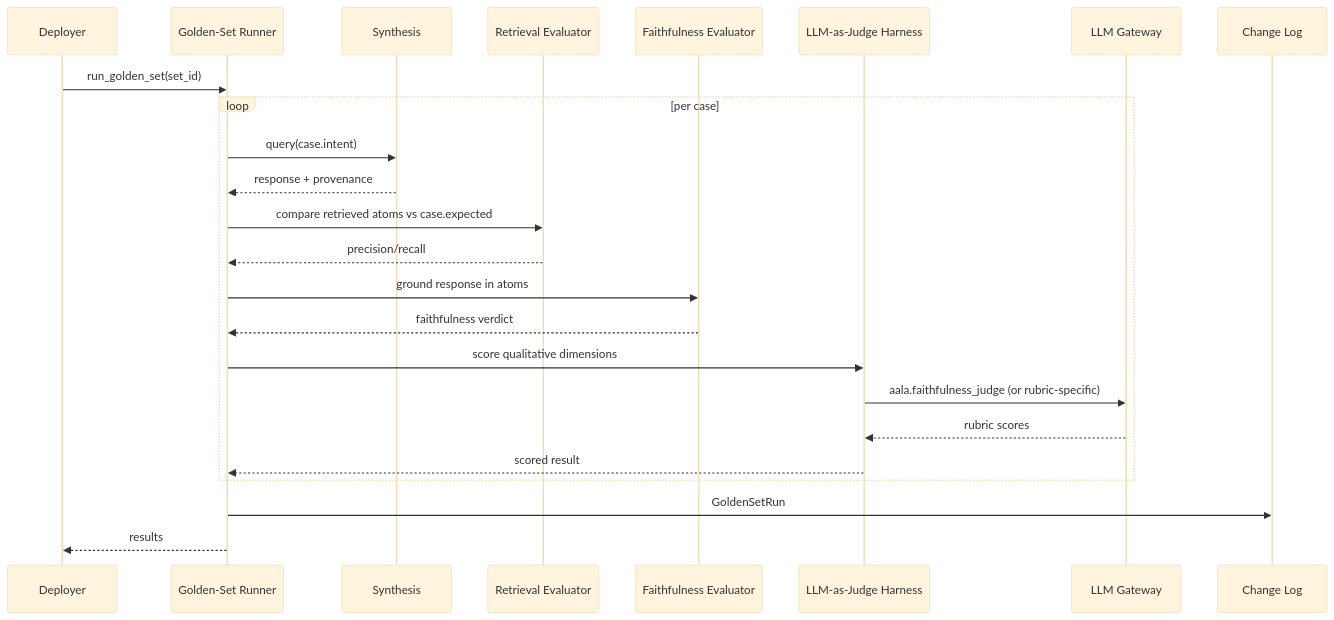
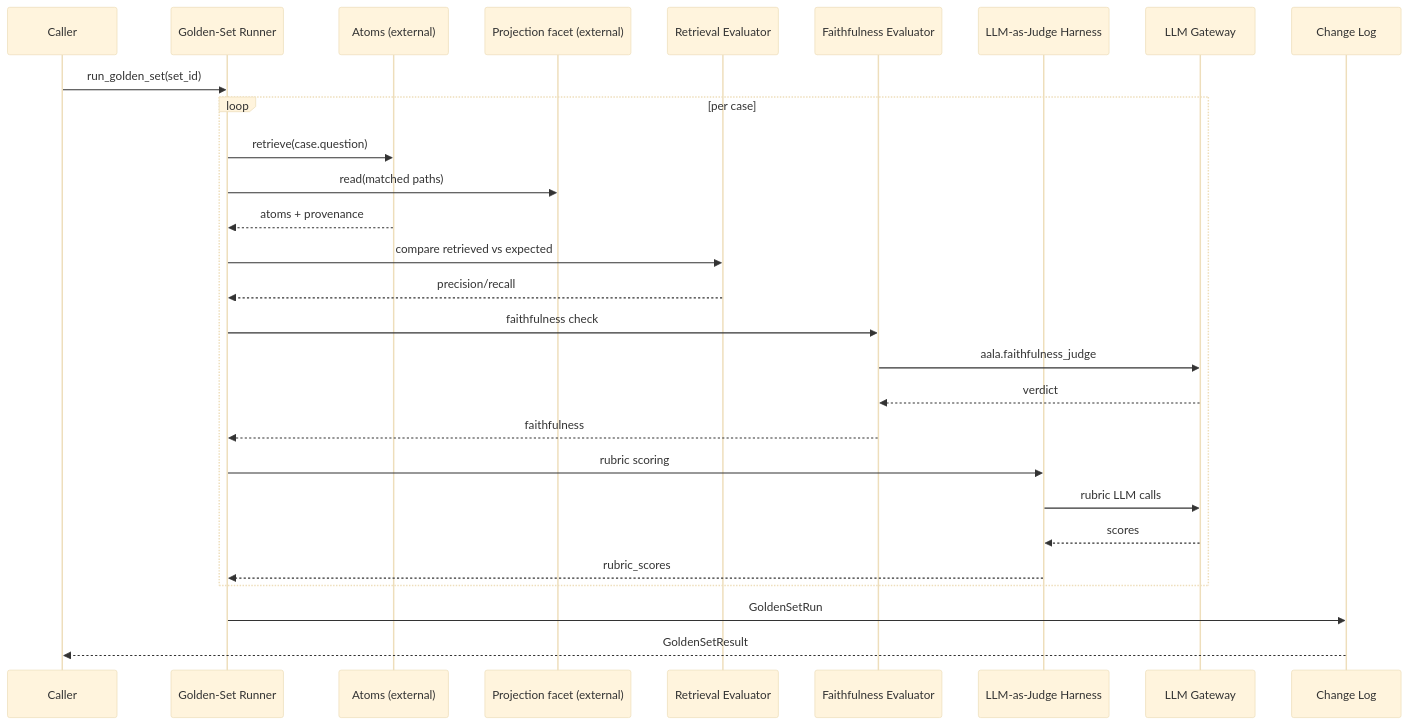
One commit to Gubbi/aala changed the first of 2 diagrams in docs/L3/10-quality.md. Above: the diagram before and after it, drawn with Mermaid (base theme). The commit also changed other lines of this file and 68 other files, not shown here.

````diff
--- a/docs/L3/10-quality.md
+++ b/docs/L3/10-quality.md
@@ -27,27 +27,31 @@
 ```mermaid
 sequenceDiagram
-    participant Deployer
+    participant Caller
     participant Runner as Golden-Set Runner
-    participant Synth as Synthesis
-    participant Retrieval as Retrieval Evaluator
+    participant Atoms as Atoms (external)
+    participant Proj as Projection facet (external)
+    participant Retr as Retrieval Evaluator
     participant Faith as Faithfulness Evaluator
     participant Judge as LLM-as-Judge Harness
     participant LLM as LLM Gateway
     participant Log as Change Log
 
-    Deployer->>Runner: run_golden_set(set_id)
+    Caller->>Runner: run_golden_set(set_id)
     loop per case
-        Runner->>Synth: query(case.intent)
-        Synth-->>Runner: response + provenance
-        Runner->>Retrieval: compare retrieved atoms vs case.expected
-        Retrieval-->>Runner: precision/recall
-        Runner->>Faith: ground response in atoms
-        Faith-->>Runner: faithfulness verdict
-        Runner->>Judge: score qualitative dimensions
-        Judge->>LLM: aala.faithfulness_judge (or rubric-specific)
-        LLM-->>Judge: rubric scores
-        Judge-->>Runner: scored result
+        Runner->>Atoms: retrieve(case.question)
+        Runner->>Proj: read(matched paths)
+        Atoms-->>Runner: atoms + provenance
+        Runner->>Retr: compare retrieved vs expected
+        Retr-->>Runner: precision/recall
+        Runner->>Faith: faithfulness check
+        Faith->>LLM: aala.faithfulness_judge
+        LLM-->>Faith: verdict
+        Faith-->>Runner: faithfulness
+        Runner->>Judge: rubric scoring
+        Judge->>LLM: rubric LLM calls
+        LLM-->>Judge: scores
+        Judge-->>Runner: rubric_scores
     end
     Runner->>Log: GoldenSetRun
-    Runner-->>Deployer: results
+    Log-->>Caller: GoldenSetResult
 ```
````
